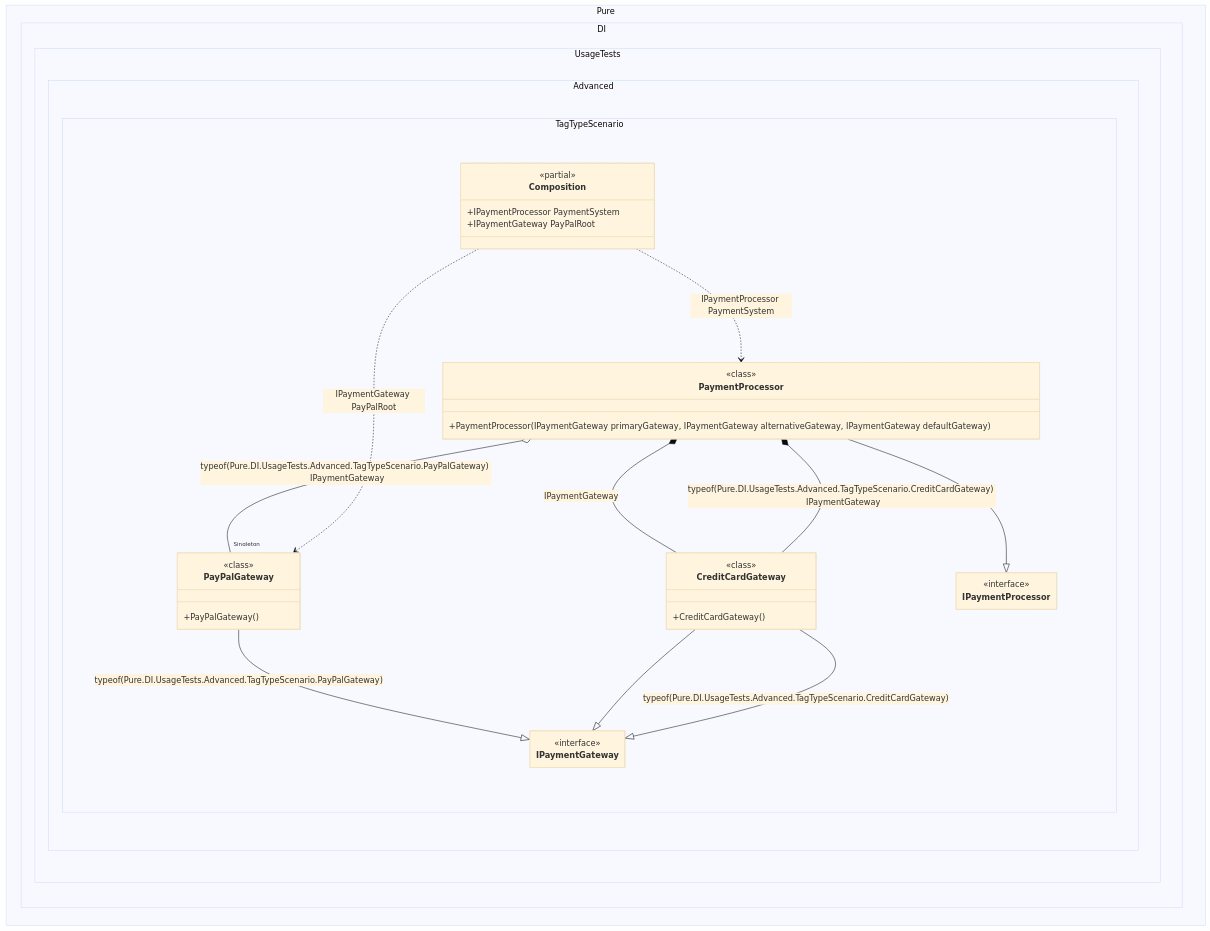
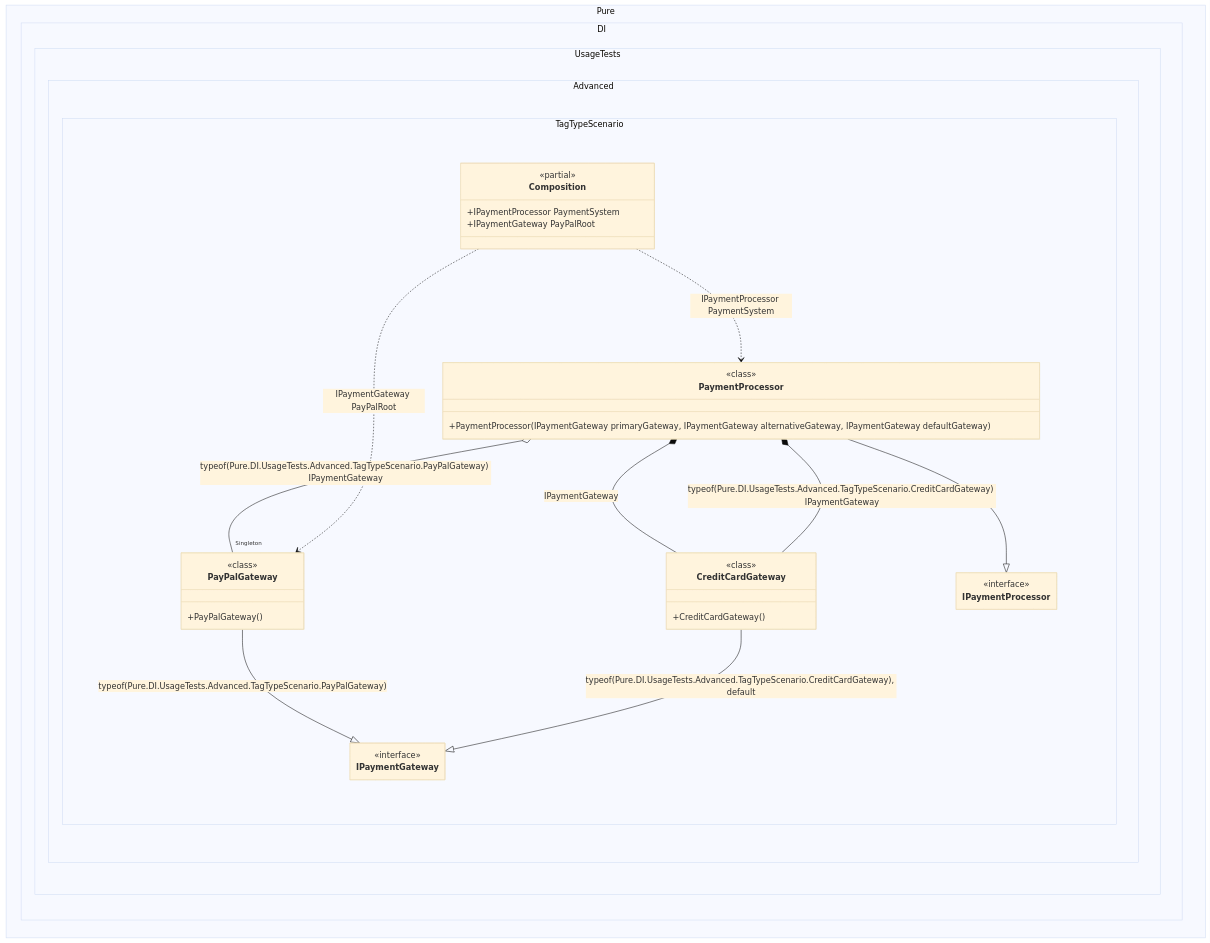
One commit to MaiKuraki/Pure.DI changed the diagram in readme/tag-type.md. Above: the diagram before and after it, drawn with Mermaid (base theme). The commit also changed 152 other files, not shown here.

````diff
--- a/readme/tag-type.md
+++ b/readme/tag-type.md
@@ -140,44 +140,41 @@
 ```mermaid
 ---
  config:
-  maxTextSize: 2147483647
-  maxEdges: 2147483647
   class:
    hideEmptyMembersBox: true
 ---
 classDiagram
-	CreditCardGateway --|> IPaymentGateway : typeof(Pure.DI.UsageTests.Advanced.TagTypeScenario.CreditCardGateway) 
-	CreditCardGateway --|> IPaymentGateway
-	PayPalGateway --|> IPaymentGateway : typeof(Pure.DI.UsageTests.Advanced.TagTypeScenario.PayPalGateway) 
+	CreditCardGateway --|> IPaymentGateway : typeof(Pure.DI.UsageTests.Advanced.TagTypeScenario.CreditCardGateway), default
+	PayPalGateway --|> IPaymentGateway : typeof(Pure.DI.UsageTests.Advanced.TagTypeScenario.PayPalGateway)
 	PaymentProcessor --|> IPaymentProcessor
 	Composition ..> PayPalGateway : IPaymentGateway PayPalRoot
 	Composition ..> PaymentProcessor : IPaymentProcessor PaymentSystem
-	PaymentProcessor *--  CreditCardGateway : typeof(Pure.DI.UsageTests.Advanced.TagTypeScenario.CreditCardGateway)  IPaymentGateway
-	PaymentProcessor *--  CreditCardGateway : IPaymentGateway
-	PaymentProcessor o-- "Singleton" PayPalGateway : typeof(Pure.DI.UsageTests.Advanced.TagTypeScenario.PayPalGateway)  IPaymentGateway
+	PaymentProcessor *-- CreditCardGateway : typeof(Pure.DI.UsageTests.Advanced.TagTypeScenario.CreditCardGateway) IPaymentGateway
+	PaymentProcessor *-- CreditCardGateway : IPaymentGateway
+	PaymentProcessor o-- "Singleton" PayPalGateway : typeof(Pure.DI.UsageTests.Advanced.TagTypeScenario.PayPalGateway) IPaymentGateway
 	namespace Pure.DI.UsageTests.Advanced.TagTypeScenario {
 		class Composition {
 		<<partial>>
 		+IPaymentProcessor PaymentSystem
 		+IPaymentGateway PayPalRoot
 		}
 		class CreditCardGateway {
 				<<class>>
 			+CreditCardGateway()
 		}
 		class IPaymentGateway {
 			<<interface>>
 		}
 		class IPaymentProcessor {
 			<<interface>>
 		}
 		class PaymentProcessor {
 				<<class>>
 			+PaymentProcessor(IPaymentGateway primaryGateway, IPaymentGateway alternativeGateway, IPaymentGateway defaultGateway)
 		}
 		class PayPalGateway {
 				<<class>>
 			+PayPalGateway()
 		}
 	}
 ```
````
